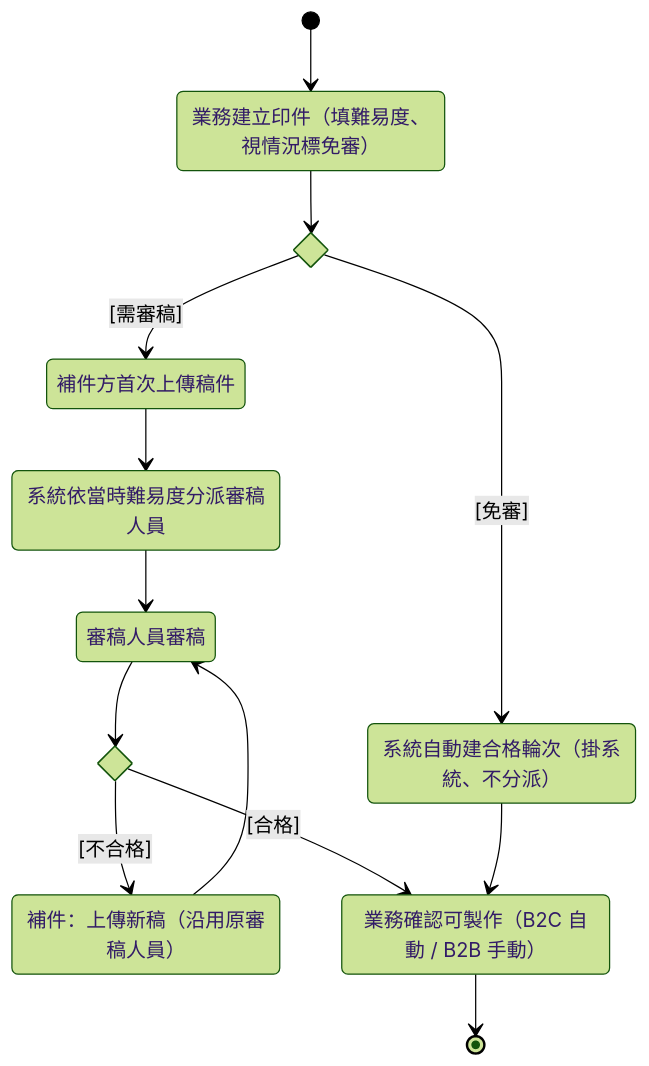
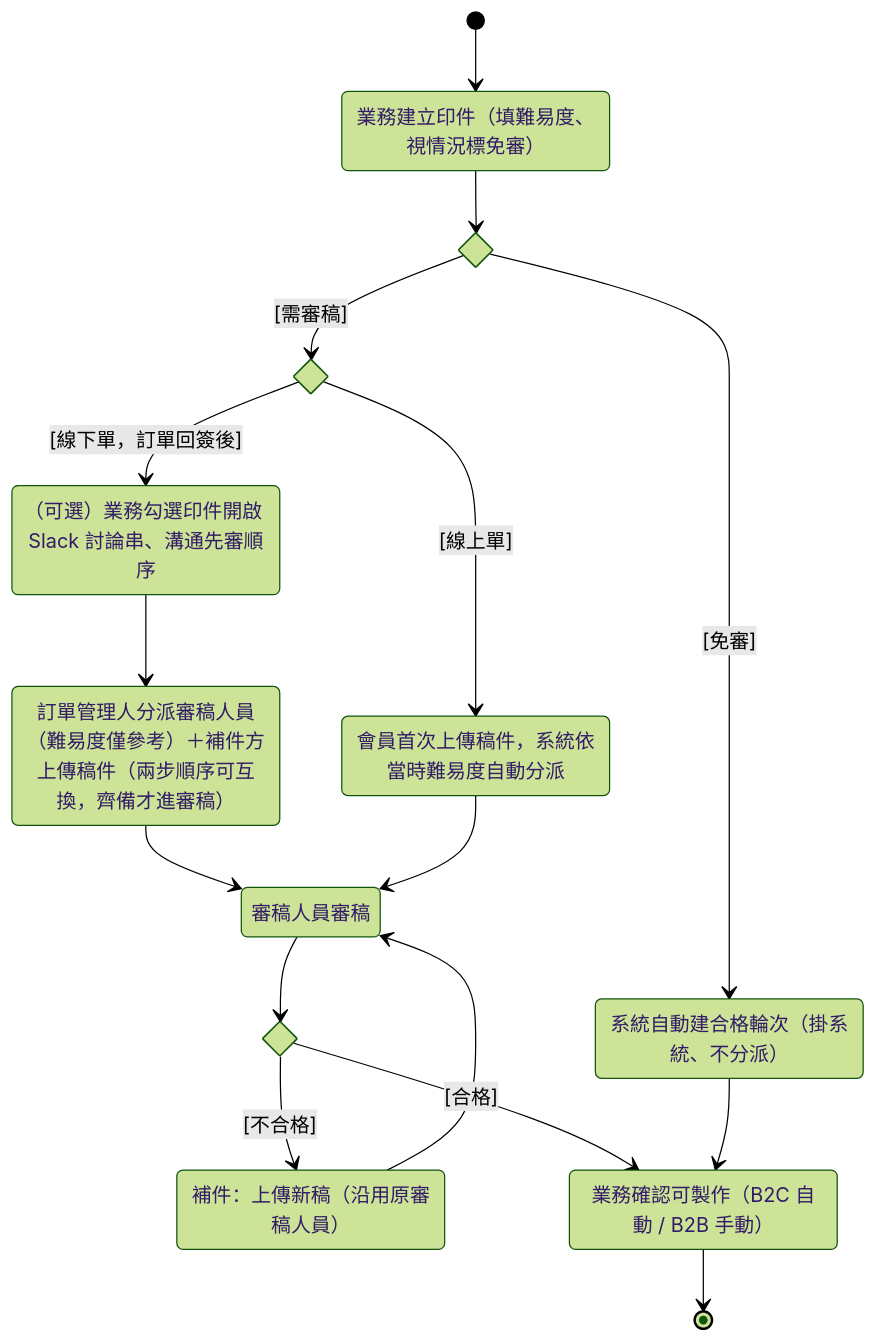
One commit to Kawato-Miles/erp-spec changed the diagram in memory/Sens_wiki/wiki/erp/07-scenarios/印件審稿.md. Above: the diagram before and after it, drawn with Mermaid (forest theme). The commit also changed other lines of this file and 23 other files, not shown here.

````diff
--- a/memory/Sens_wiki/wiki/erp/07-scenarios/印件審稿.md
+++ b/memory/Sens_wiki/wiki/erp/07-scenarios/印件審稿.md
@@ -46,27 +47,32 @@
 ```mermaid
 stateDiagram-v2
     direction TB
 
     state "業務建立印件（填難易度、視情況標免審）" as a_create
     state if_exempt <<choice>>
     state "系統自動建合格輪次（掛系統、不分派）" as a_autopass
-    state "補件方首次上傳稿件" as a_upload
-    state "系統依當時難易度分派審稿人員" as a_assign
+    state if_source <<choice>>
+    state "（可選）業務勾選印件開啟 Slack 討論串、溝通先審順序" as a_discuss
+    state "訂單管理人分派審稿人員（難易度僅參考）＋補件方上傳稿件（兩步順序可互換，齊備才進審稿）" as a_offline
+    state "會員首次上傳稿件，系統依當時難易度自動分派" as a_online
     state "審稿人員審稿" as a_review
     state if_result <<choice>>
     state "補件：上傳新稿（沿用原審稿人員）" as a_resub
     state "業務確認可製作（B2C 自動 / B2B 手動）" as a_confirm
 
     [*] --> a_create
     a_create --> if_exempt
     if_exempt --> a_autopass : [免審]
-    if_exempt --> a_upload : [需審稿]
-    a_upload --> a_assign
-    a_assign --> a_review
+    if_exempt --> if_source : [需審稿]
+    if_source --> a_discuss : [線下單，訂單回簽後]
+    a_discuss --> a_offline
+    if_source --> a_online : [線上單]
+    a_offline --> a_review
+    a_online --> a_review
     a_review --> if_result
     if_result --> a_resub : [不合格]
     a_resub --> a_review
     if_result --> a_confirm : [合格]
     a_autopass --> a_confirm
     a_confirm --> [*]
 ```
````
